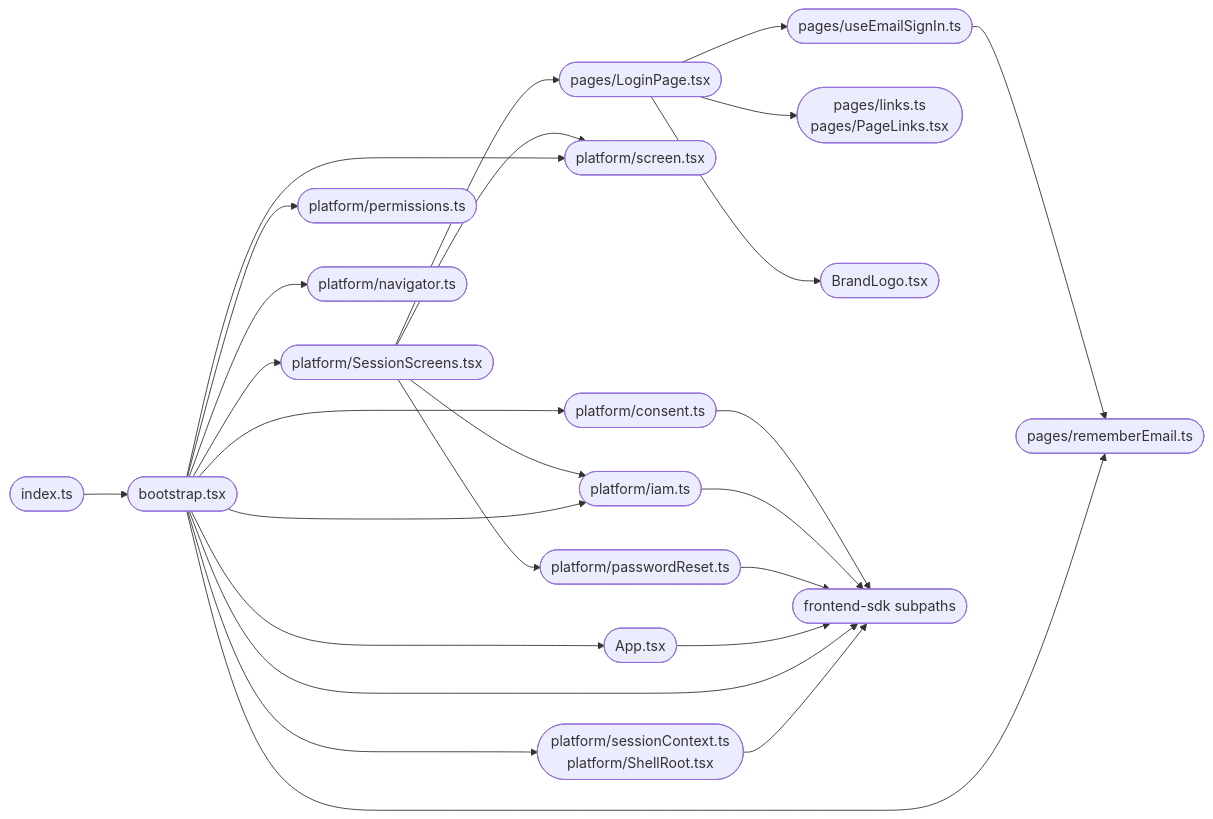
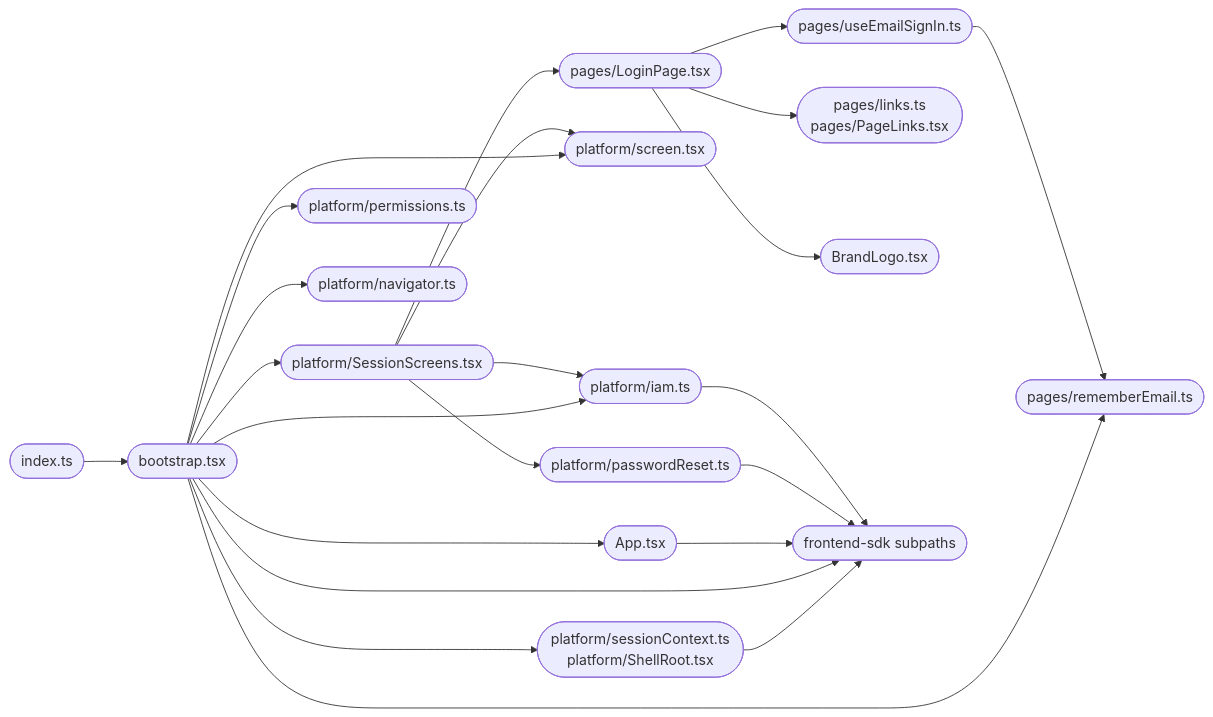
One commit to BCBP-SOLUTIONS-FZC-LLC/web-shell changed the diagram in docs/architecture/mermaid/package-dependencies.mmd. Above: the diagram before and after it, drawn with Mermaid. The commit also changed 19 other files, not shown here.

First line of the commit message:
Remove logic duplicated from the platform SDK (consent stand-in, second retry layer) (#40)

```diff
--- a/docs/architecture/mermaid/package-dependencies.mmd
+++ b/docs/architecture/mermaid/package-dependencies.mmd
@@ -1,43 +1,40 @@
 graph LR
     index(["index.ts"])
     boot(["bootstrap.tsx"])
     app(["App.tsx"])
     screens(["platform/SessionScreens.tsx"])
     screen(["platform/screen.tsx"])
     iam(["platform/iam.ts"])
-    consent(["platform/consent.ts"])
     perms(["platform/permissions.ts"])
     ctx(["platform/sessionContext.ts\nplatform/ShellRoot.tsx"])
     nav(["platform/navigator.ts"])
     login(["pages/LoginPage.tsx"])
     hook(["pages/useEmailSignIn.ts"])
     remember(["pages/rememberEmail.ts"])
     links(["pages/links.ts\npages/PageLinks.tsx"])
     reset(["platform/passwordReset.ts"])
     logo(["BrandLogo.tsx"])
     sdk(["frontend-sdk subpaths"])
 
     index --> boot
     boot --> app
     boot --> screens
     boot --> screen
     boot --> iam
-    boot --> consent
     boot --> perms
     boot --> ctx
     boot --> nav
     ctx --> sdk
     boot --> remember
     boot --> sdk
     app --> sdk
     screens --> login
     screens --> iam
     screens --> screen
     screens --> reset
     reset --> sdk
     login --> hook
     login --> logo
     login --> links
     hook --> remember
     iam --> sdk
-    consent --> sdk
```
